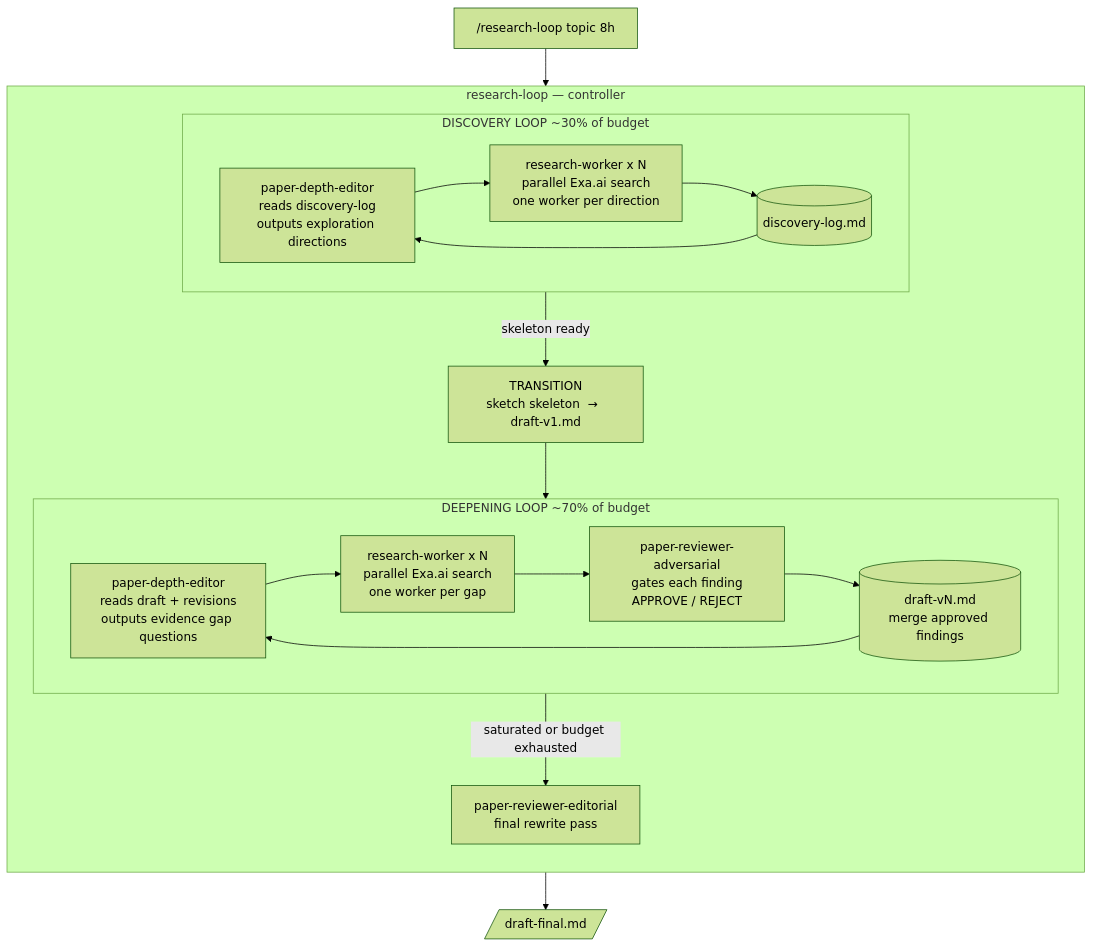
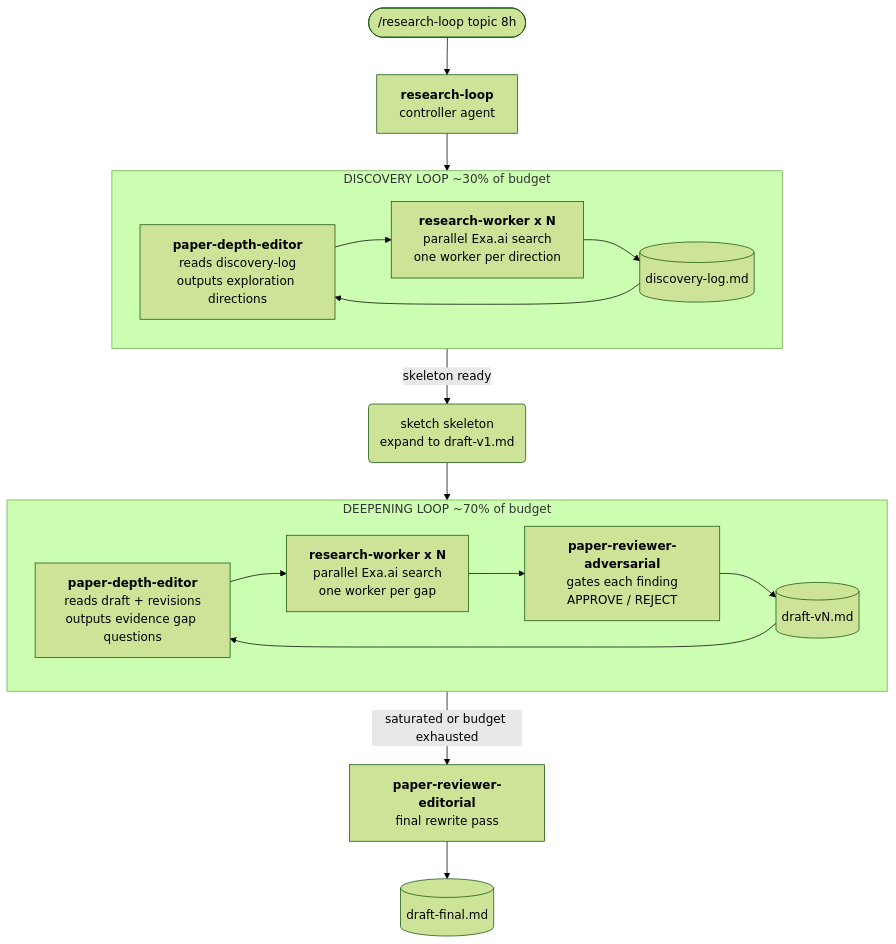
The diagram in README.md (cbaihao/deep-research), drawn with Mermaid (forest theme) before and after one commit.

Commit message:
Clarify diagram: square+bold for agents, rounded for process steps

````diff
--- a/README.md
+++ b/README.md
@@ -30,33 +30,44 @@
 ```mermaid
 flowchart TD
-    START["/research-loop topic 8h"]
-    START --> CONTROLLER
+    START(["/research-loop topic 8h"])
+    START --> RL
 
-    subgraph CONTROLLER["research-loop  —  controller"]
-        direction TB
+    RL["`**research-loop**
+    controller agent`"]
 
-        subgraph DISC["DISCOVERY LOOP  ~30% of budget"]
-            D1["paper-depth-editor\nreads discovery-log\noutputs exploration directions"]
-            D2["research-worker x N\nparallel Exa.ai search\none worker per direction"]
-            D3[("discovery-log.md")]
-            D1 --> D2 --> D3 --> D1
-        end
-
-        TRANSITION["TRANSITION\nsketch skeleton  →  draft-v1.md"]
-
-        subgraph DEEP["DEEPENING LOOP  ~70% of budget"]
-            P1["paper-depth-editor\nreads draft + revisions\noutputs evidence gap questions"]
-            P2["research-worker x N\nparallel Exa.ai search\none worker per gap"]
-            P3["paper-reviewer-adversarial\ngates each finding\nAPPROVE / REJECT"]
-            P4[("draft-vN.md\nmerge approved findings")]
-            P1 --> P2 --> P3 --> P4 --> P1
-        end
-
-        EDITORIAL["paper-reviewer-editorial\nfinal rewrite pass"]
-
-        DISC -->|"skeleton ready"| TRANSITION --> DEEP
-        DEEP -->|"saturated or budget exhausted"| EDITORIAL
+    subgraph DISC["DISCOVERY LOOP  ~30% of budget"]
+        D1["`**paper-depth-editor**
+        reads discovery-log
+        outputs exploration directions`"]
+        D2["`**research-worker x N**
+        parallel Exa.ai search
+        one worker per direction`"]
+        D3[("discovery-log.md")]
+        D1 --> D2 --> D3 --> D1
     end
 
-    EDITORIAL --> FINAL[/"draft-final.md"/]
+    TRANSITION("sketch skeleton
+    expand to draft-v1.md")
+
+    subgraph DEEP["DEEPENING LOOP  ~70% of budget"]
+        P1["`**paper-depth-editor**
+        reads draft + revisions
+        outputs evidence gap questions`"]
+        P2["`**research-worker x N**
+        parallel Exa.ai search
+        one worker per gap`"]
+        P3["`**paper-reviewer-adversarial**
+        gates each finding
+        APPROVE / REJECT`"]
+        P4[("draft-vN.md")]
+        P1 --> P2 --> P3 --> P4 --> P1
+    end
+
+    ED["`**paper-reviewer-editorial**
+    final rewrite pass`"]
+
+    RL --> DISC
+    DISC -->|"skeleton ready"| TRANSITION --> DEEP
+    DEEP -->|"saturated or budget exhausted"| ED
+    ED --> FINAL[("draft-final.md")]
 ```
````
